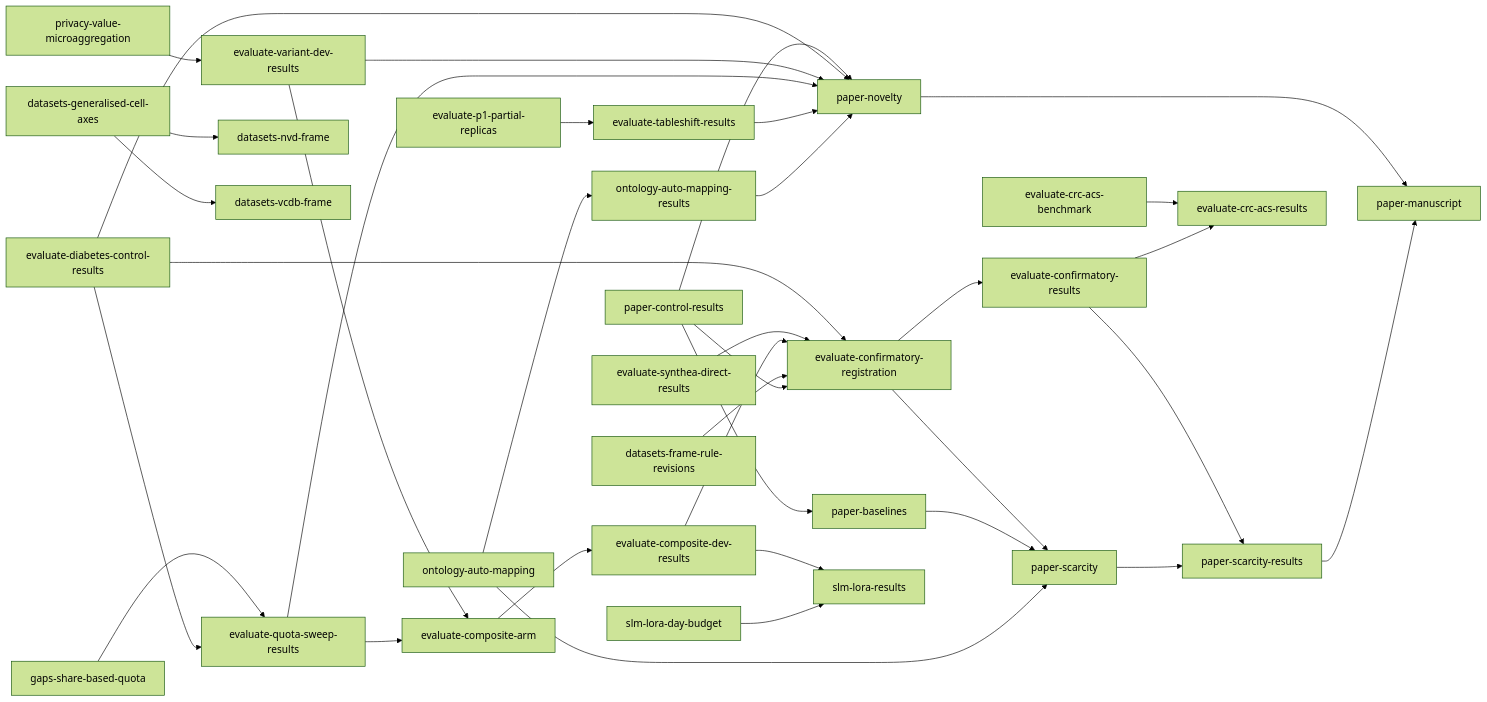
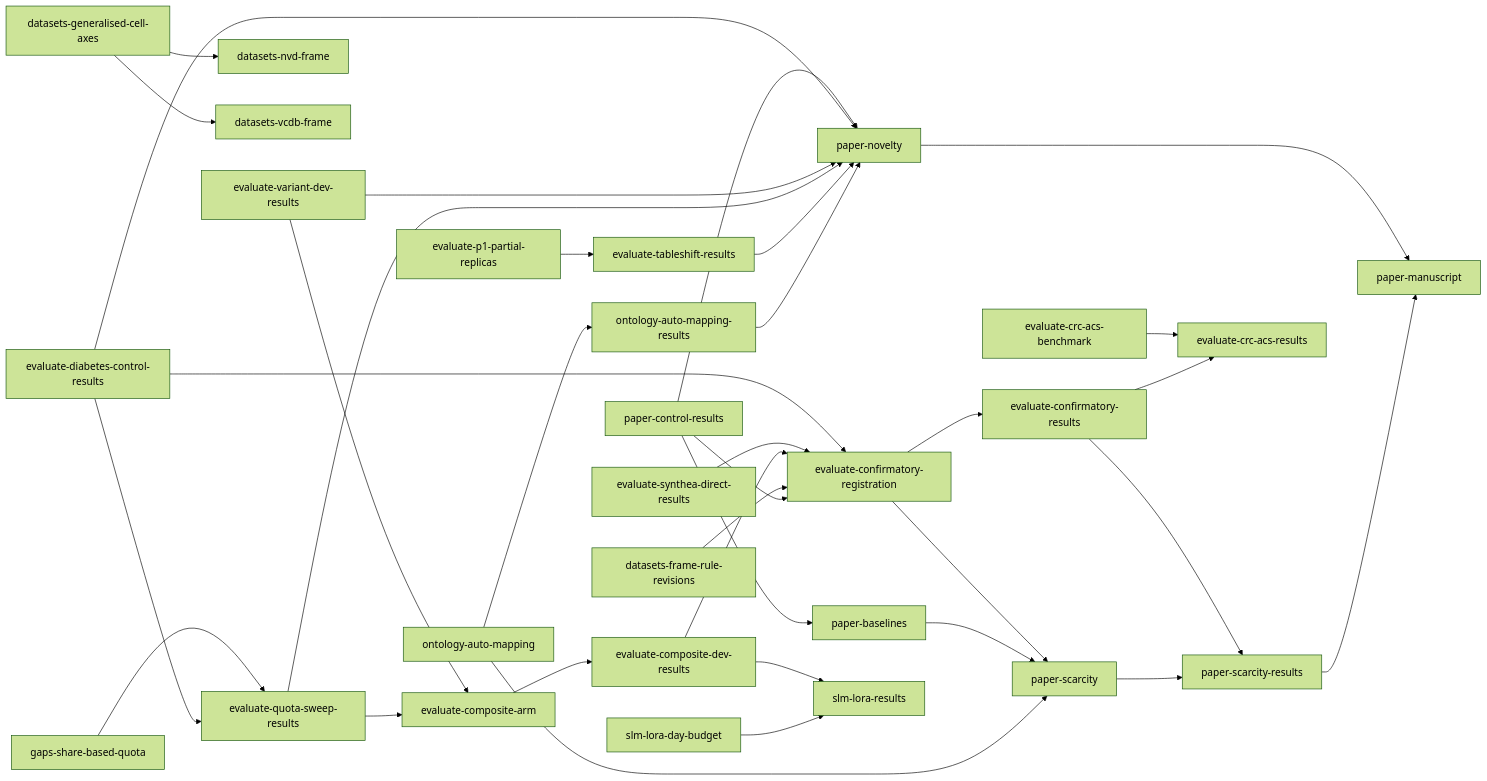
The diagram in tasks/direct-index.md (joe-dartmouth/synthetic), drawn with Mermaid (forest theme) before and after one commit. The commit also changed other lines of this file and 33 other files, not shown here.

````diff
--- a/tasks/direct-index.md
+++ b/tasks/direct-index.md
@@ -123,37 +118,36 @@
 ```mermaid
 flowchart LR
     p2[paper-control-results] --> p3[paper-baselines]
     u30[evaluate-confirmatory-registration] --> p4[paper-scarcity]
     u31[evaluate-confirmatory-results] --> p5[paper-scarcity-results]
     p3[paper-baselines] --> p4[paper-scarcity]
     p4[paper-scarcity] --> p5[paper-scarcity-results]
     p0[paper-novelty] --> p6[paper-manuscript]
     p5[paper-scarcity-results] --> p6[paper-manuscript]
-    u16[privacy-value-microaggregation] --> u19[evaluate-variant-dev-results]
     u20[gaps-share-based-quota] --> u21[evaluate-quota-sweep-results]
     u50[datasets-generalised-cell-axes] --> u52[datasets-nvd-frame]
     u50 --> u53[datasets-vcdb-frame]
-    u19 --> u28[evaluate-composite-arm]
+    u19[evaluate-variant-dev-results] --> u28[evaluate-composite-arm]
     u21 --> u28
     u28 --> u29[evaluate-composite-dev-results]
     u7[evaluate-diabetes-control-results] --> u30[evaluate-confirmatory-registration]
     u8[evaluate-synthea-direct-results] --> u30
     u29 --> u30
     u56[datasets-frame-rule-revisions] --> u30
     u30 --> u31[evaluate-confirmatory-results]
     u54[evaluate-p1-partial-replicas] --> u55[evaluate-tableshift-results]
     u41[evaluate-crc-acs-benchmark] --> u42[evaluate-crc-acs-results]
     u31 --> u42
     u32[ontology-auto-mapping] --> u33[ontology-auto-mapping-results]
     u29 --> u36[slm-lora-results]
     u51[slm-lora-day-budget] --> u36
     u7[evaluate-diabetes-control-results] --> u21[evaluate-quota-sweep-results]
     p2[paper-control-results] --> u30[evaluate-confirmatory-registration]
     p2[paper-control-results] --> p0[paper-novelty]
     u32[ontology-auto-mapping] --> p4[paper-scarcity]
     u7[evaluate-diabetes-control-results] --> p0[paper-novelty]
     u19[evaluate-variant-dev-results] --> p0[paper-novelty]
     u21[evaluate-quota-sweep-results] --> p0[paper-novelty]
     u55[evaluate-tableshift-results] --> p0[paper-novelty]
     u33[ontology-auto-mapping-results] --> p0[paper-novelty]
 ```
````
